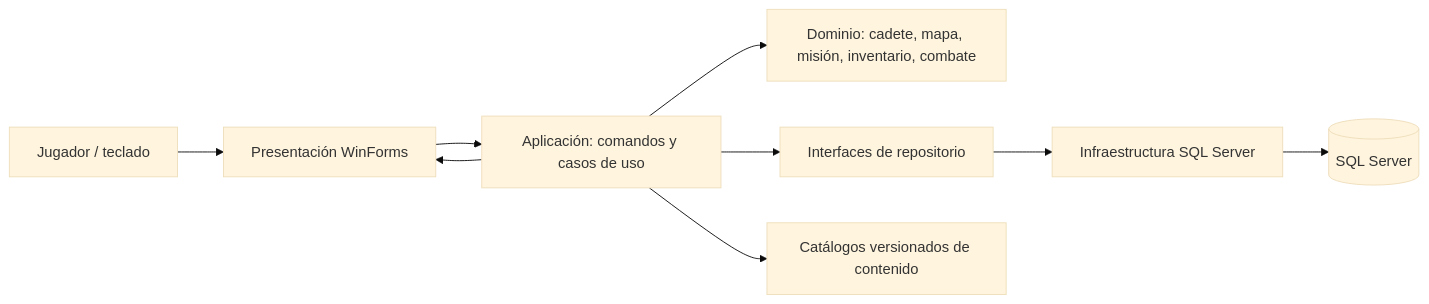
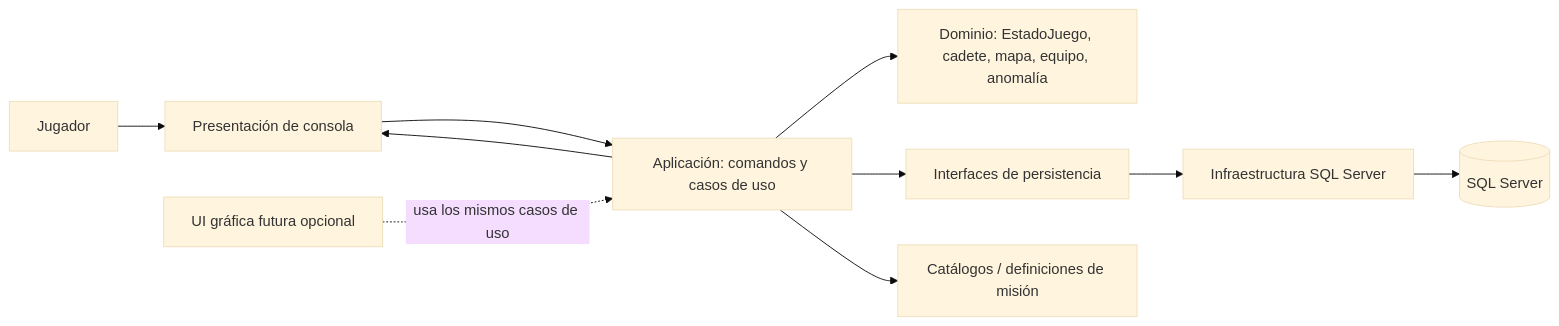
One commit to KristoferLara/Nexus_1 changed the diagram in docs/arquitectura-propuesta.md. Above: the diagram before and after it, drawn with Mermaid (base theme). The commit also changed other lines of this file and 2 other files, not shown here.

````diff
--- a/docs/arquitectura-propuesta.md
+++ b/docs/arquitectura-propuesta.md
@@ -9,11 +9,12 @@
 ```mermaid
 flowchart LR
-  P[Jugador / teclado] --> UI[Presentación WinForms]
+  P[Jugador] --> UI[Presentación de consola]
   UI --> APP[Aplicación: comandos y casos de uso]
-  APP --> DOM[Dominio: cadete, mapa, misión, inventario, combate]
-  APP --> REPO[Interfaces de repositorio]
-  REPO --> INF[Infraestructura SQL Server]
+  APP --> DOM[Dominio: EstadoJuego, cadete, mapa, equipo, anomalía]
+  APP --> PORT[Interfaces de persistencia]
+  PORT --> INF[Infraestructura SQL Server]
   INF --> DB[(SQL Server)]
-  APP --> CAT[Catálogos versionados de contenido]
+  APP --> CAT[Catálogos / definiciones de misión]
   APP --> UI
+  FUT[UI gráfica futura opcional] -. usa los mismos casos de uso .-> APP
 ```
````
